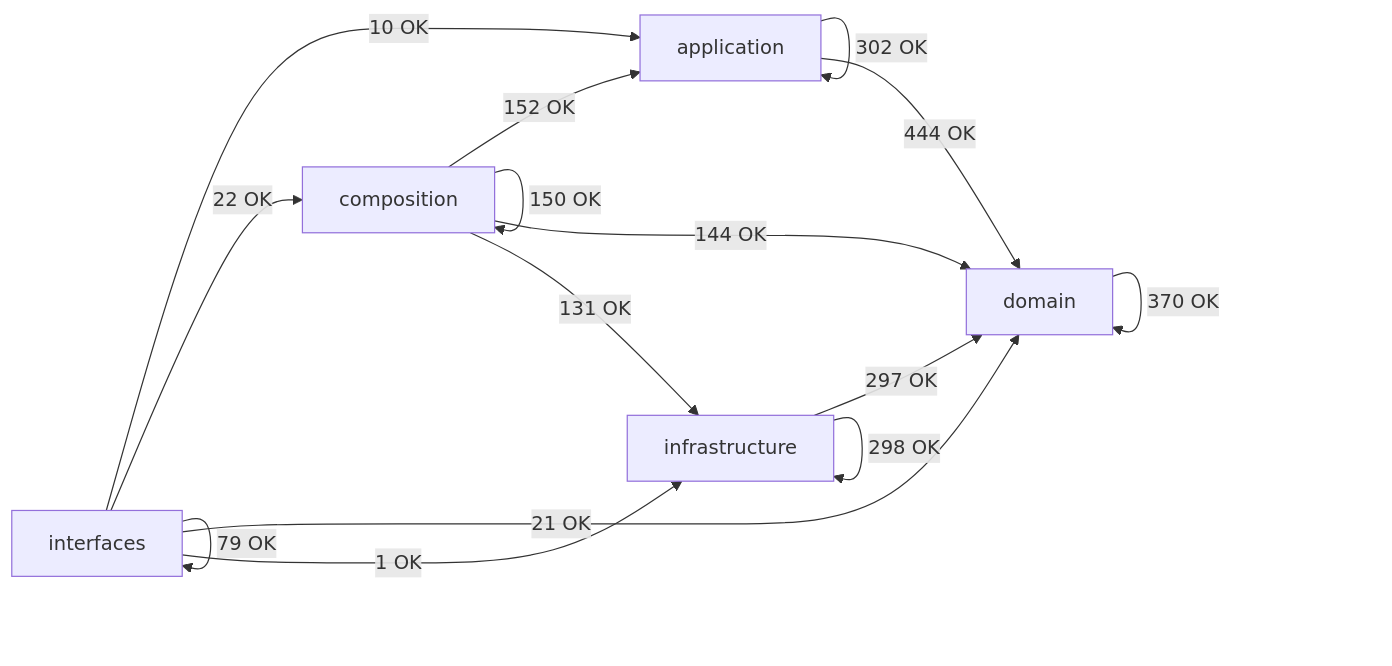
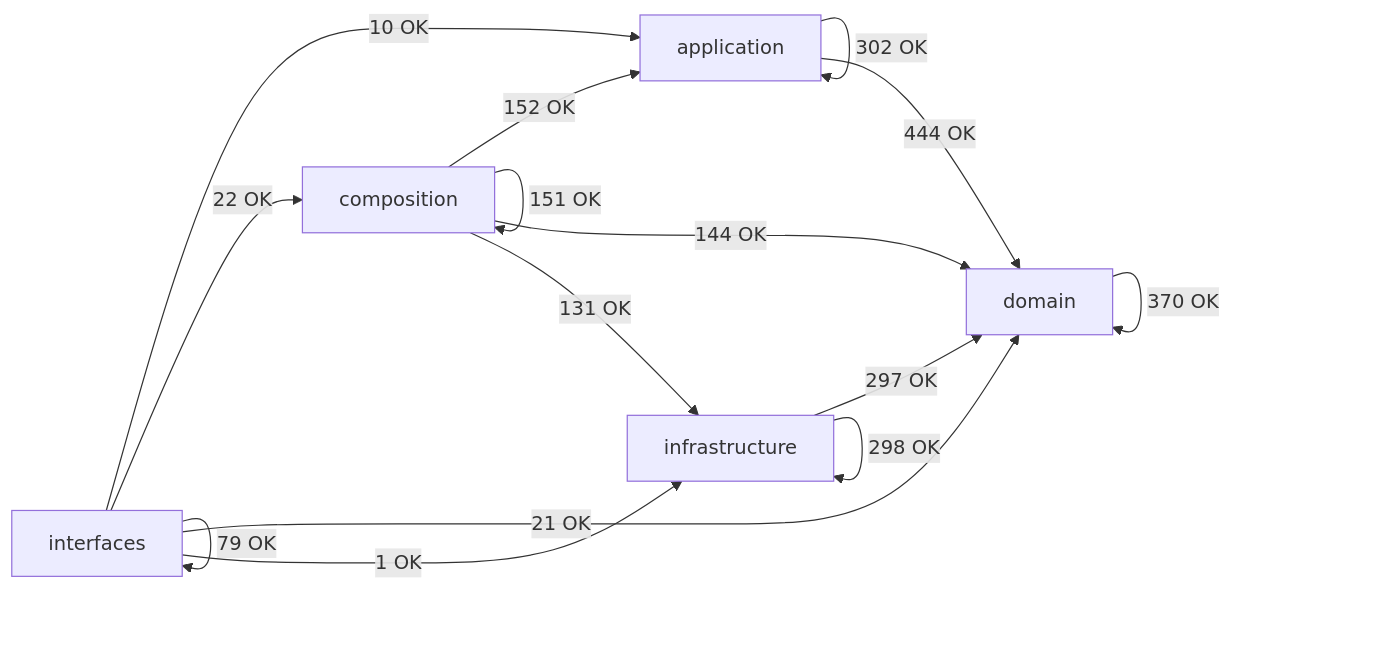
Before and after one commit to SatoryKono/BioactivityDataAcquisition: the diagram in docs/02-architecture/generated/module-dependency-map.md, drawn with Mermaid. The commit also changed other lines of this file and 44 other files, not shown here.

````diff
--- a/docs/02-architecture/generated/module-dependency-map.md
+++ b/docs/02-architecture/generated/module-dependency-map.md
@@ -15,22 +15,22 @@
 ```mermaid
 flowchart LR
     domain[domain]
     application[application]
     infrastructure[infrastructure]
     composition[composition]
     interfaces[interfaces]
     application -->|302 OK| application
     application -->|444 OK| domain
     composition -->|152 OK| application
-    composition -->|150 OK| composition
+    composition -->|151 OK| composition
     composition -->|144 OK| domain
     composition -->|131 OK| infrastructure
     domain -->|370 OK| domain
     infrastructure -->|297 OK| domain
     infrastructure -->|298 OK| infrastructure
     interfaces -->|10 OK| application
     interfaces -->|22 OK| composition
     interfaces -->|21 OK| domain
     interfaces -->|1 OK| infrastructure
     interfaces -->|79 OK| interfaces
 ```
````
